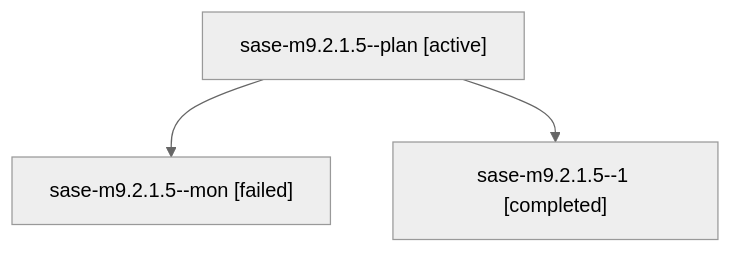
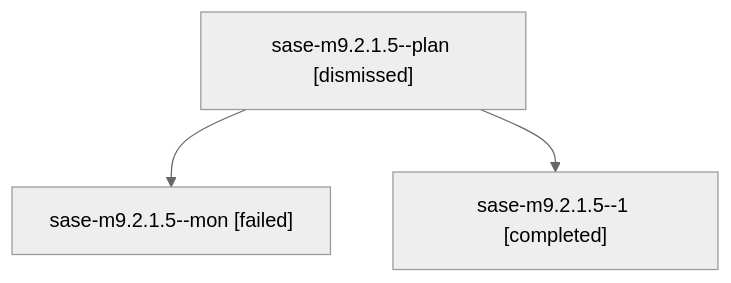
One commit to sase-org/sase--agents changed the diagram in sessions/bbugyi200.athena.sase-m9.2.1.5.md. Above: the diagram before and after it, drawn with Mermaid (neutral theme). The commit also changed other lines of this file and 218 other files, not shown here.

````diff
--- a/sessions/bbugyi200.athena.sase-m9.2.1.5.md
+++ b/sessions/bbugyi200.athena.sase-m9.2.1.5.md
@@ -9,8 +9,8 @@
 ```mermaid
 flowchart TD
-  n0["sase-m9.2.1.5--plan [active]"]
+  n0["sase-m9.2.1.5--plan [dismissed]"]
   n1["sase-m9.2.1.5--mon [failed]"]
   n0 --> n1
   n2["sase-m9.2.1.5--1 [completed]"]
   n0 --> n2
 ```
````
